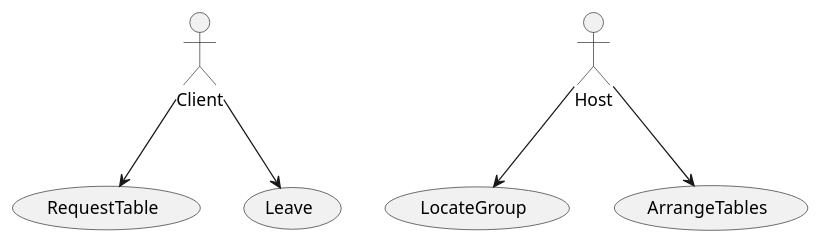
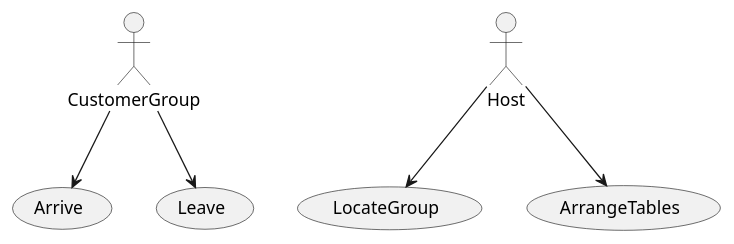
The diagram in docs/src/UseCases.puml (fraylopez/restaurant), drawn with PlantUML before and after one commit. The commit also changed 8 other files, not shown here.

```diff
--- a/docs/src/UseCases.puml
+++ b/docs/src/UseCases.puml
@@ -1,18 +1,18 @@
 @startuml UseCases
 
-actor Client
+actor CustomerGroup
 actor Host
 
-usecase RequestTable
+usecase Arrive
 usecase Leave
 
 usecase LocateGroup
 usecase ArrangeTables
 
-Client --> RequestTable
-Client --> Leave
+CustomerGroup --> Arrive
+CustomerGroup --> Leave
 
 Host --> LocateGroup
 Host --> ArrangeTables
 
 @enduml
```
